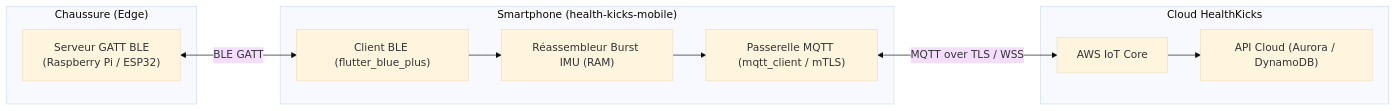
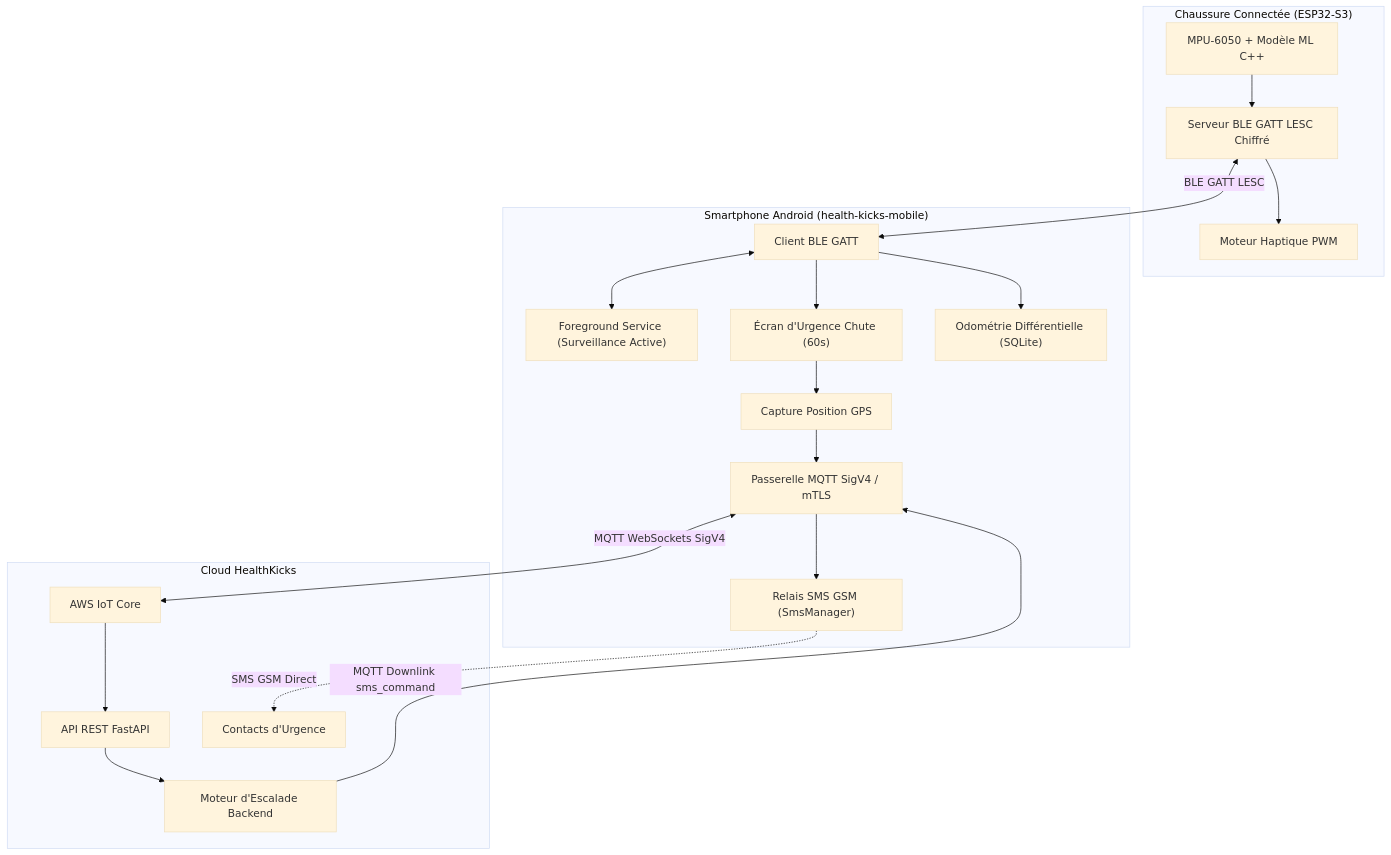
One commit to daverck/health-kicks-mobile changed the diagram in README.md. Above: the diagram before and after it, drawn with Mermaid (base theme). The commit also changed other lines of this file, not shown here.

Commit message:
docs: update README with active surveillance, fall UI, and SMS relay

````diff
--- a/README.md
+++ b/README.md
@@ -11,23 +11,40 @@
 ```mermaid
-flowchart LR
-    subgraph Footwear["Chaussure (Edge)"]
-        BLEServer["Serveur GATT BLE\n(Raspberry Pi / ESP32)"]
+flowchart TD
+    subgraph Footwear["Chaussure Connectée (ESP32-S3)"]
+        IMU["MPU-6050 + Modèle ML C++"]
+        BLEServer["Serveur BLE GATT LESC Chiffré"]
+        HapticMotor["Moteur Haptique PWM"]
+        IMU --> BLEServer
+        BLEServer --> HapticMotor
     end
 
-    subgraph Mobile["Smartphone (health-kicks-mobile)"]
-        BLEClient["Client BLE (flutter_blue_plus)"]
-        BurstParser["Réassembleur Burst IMU (RAM)"]
-        MQTTGateway["Passerelle MQTT (mqtt_client / mTLS)"]
+    subgraph Mobile["Smartphone Android (health-kicks-mobile)"]
+        FGS["Foreground Service (Surveillance Active)"]
+        BLEClient["Client BLE GATT"]
+        FallUI["Écran d'Urgence Chute (60s)"]
+        GPS["Capture Position GPS"]
+        SMSWorker["Relais SMS GSM (SmsManager)"]
+        Odo["Odométrie Différentielle (SQLite)"]
+        MQTTGW["Passerelle MQTT SigV4 / mTLS"]
+
+        BLEClient <--> FGS
+        BLEClient --> FallUI
+        FallUI --> GPS
+        GPS --> MQTTGW
+        MQTTGW --> SMSWorker
+        BLEClient --> Odo
     end
 
     subgraph Cloud["Cloud HealthKicks"]
         IoTCore["AWS IoT Core"]
-        FastAPI["API Cloud (Aurora / DynamoDB)"]
+        FastAPI["API REST FastAPI"]
+        Escalation["Moteur d'Escalade Backend"]
+        SMSWorker -.->|SMS GSM Direct| Contacts["Contacts d'Urgence"]
     end
 
-    BLEServer <-->|BLE GATT| BLEClient
-    BLEClient --> BurstParser
-    BurstParser --> MQTTGateway
-    MQTTGateway <-->|MQTT over TLS / WSS| IoTCore
+    BLEServer <-->|BLE GATT LESC| BLEClient
+    MQTTGW <-->|MQTT WebSockets SigV4| IoTCore
     IoTCore --> FastAPI
+    FastAPI --> Escalation
+    Escalation -->|MQTT Downlink sms_command| MQTTGW
 ```
````
